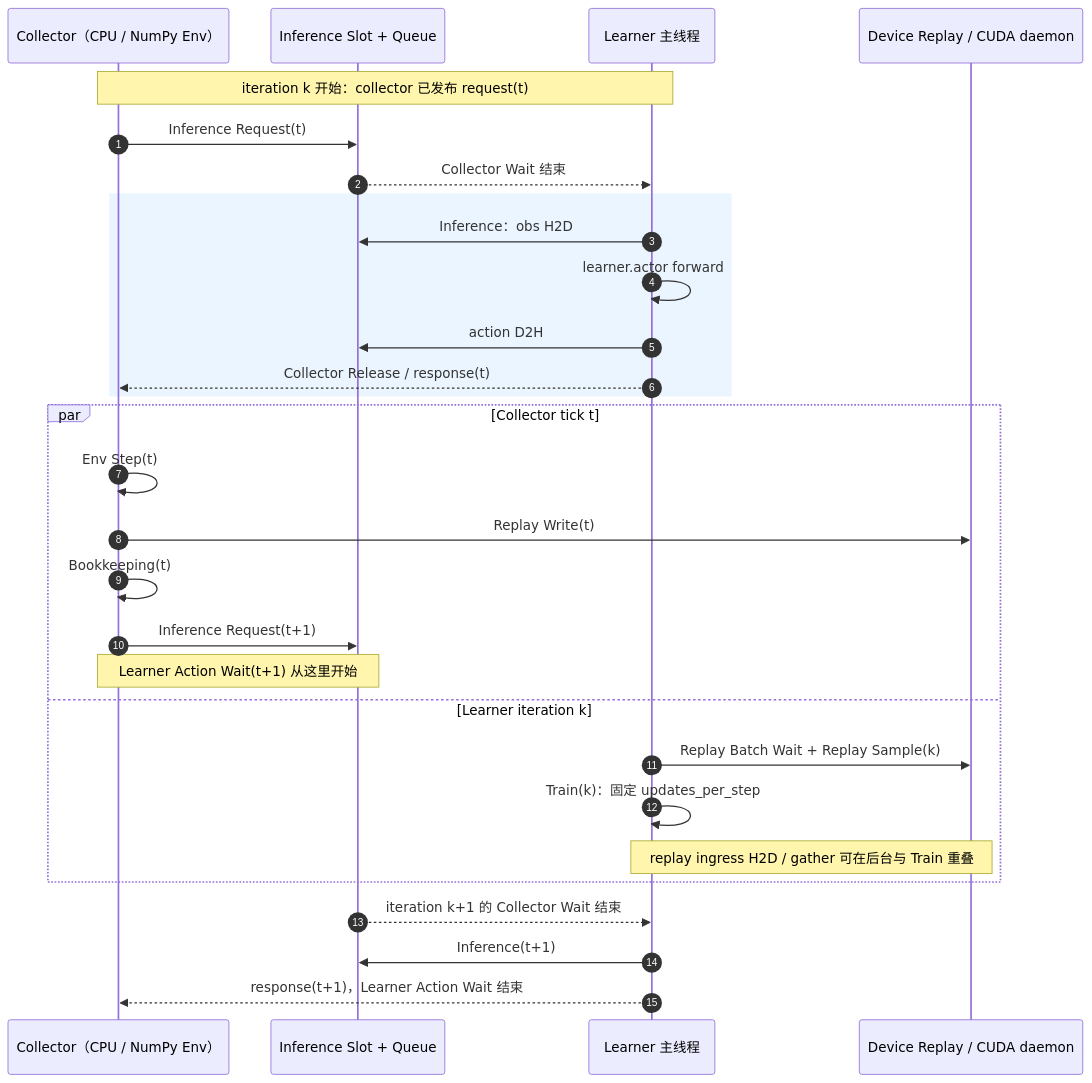
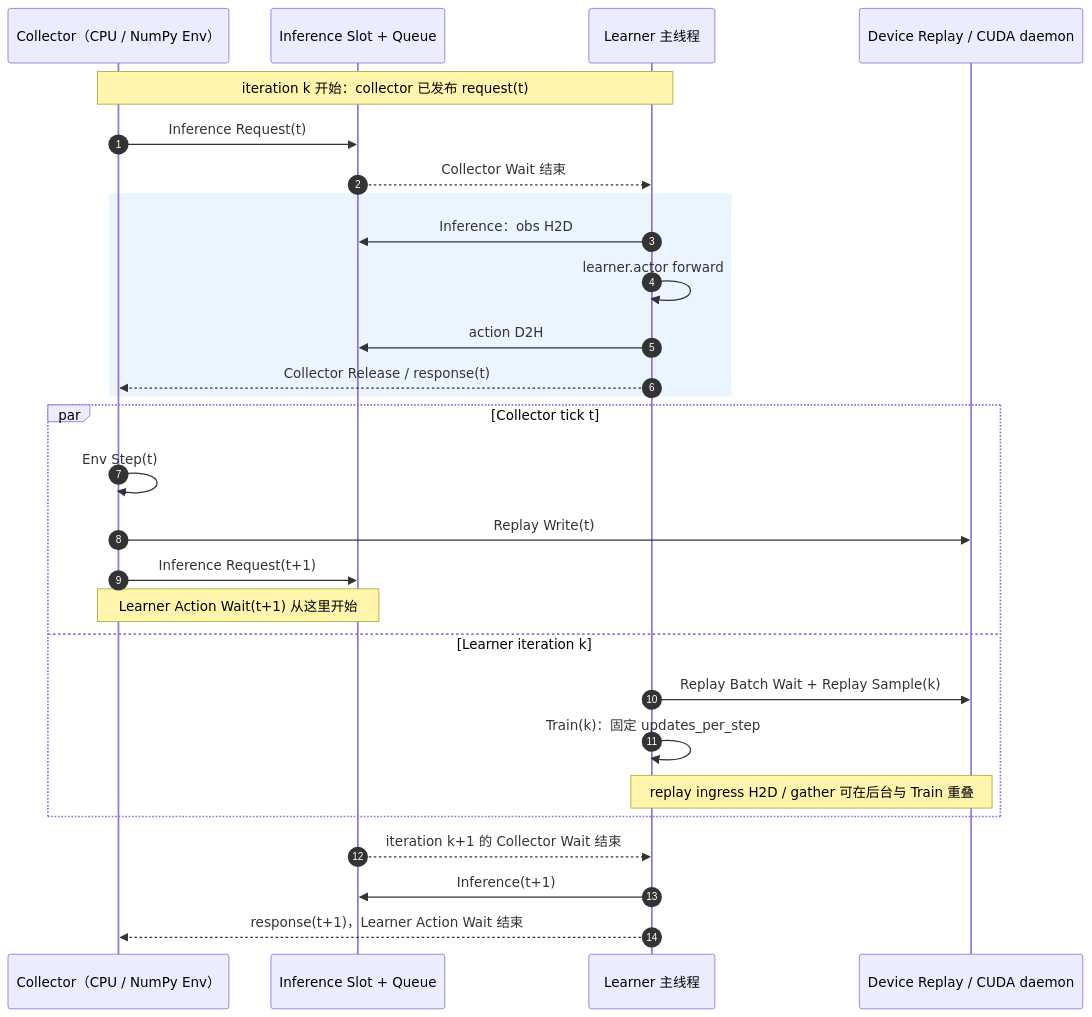
Before and after one commit to Motphys/UniLab: the first of 2 diagrams in docs/sphinx/source/zh_CN/2-user_guide/1-training/3-logging.md, drawn with Mermaid. The commit also changed other lines of this file and 49 other files, not shown here.

````diff
--- a/docs/sphinx/source/zh_CN/2-user_guide/1-training/3-logging.md
+++ b/docs/sphinx/source/zh_CN/2-user_guide/1-training/3-logging.md
@@ -158,34 +166,33 @@
 ```{mermaid}
 sequenceDiagram
     autonumber
     participant C as Collector（CPU / NumPy Env）
     participant I as Inference Slot + Queue
     participant L as Learner 主线程
     participant D as Device Replay / CUDA daemon
 
     Note over C,L: iteration k 开始：collector 已发布 request(t)
     C->>I: Inference Request(t)
     I-->>L: Collector Wait 结束
     rect rgb(235, 245, 255)
         L->>I: Inference：obs H2D
         L->>L: learner.actor forward
         L->>I: action D2H
         L-->>C: Collector Release / response(t)
     end
 
     par Collector tick t
         C->>C: Env Step(t)
         C->>D: Replay Write(t)
-        C->>C: Bookkeeping(t)
         C->>I: Inference Request(t+1)
         Note over C,I: Learner Action Wait(t+1) 从这里开始
     and Learner iteration k
         L->>D: Replay Batch Wait + Replay Sample(k)
         L->>L: Train(k)：固定 updates_per_step
         Note over D,L: replay ingress H2D / gather 可在后台与 Train 重叠
     end
 
     I-->>L: iteration k+1 的 Collector Wait 结束
     L->>I: Inference(t+1)
     L-->>C: response(t+1)，Learner Action Wait 结束
 ```
````
